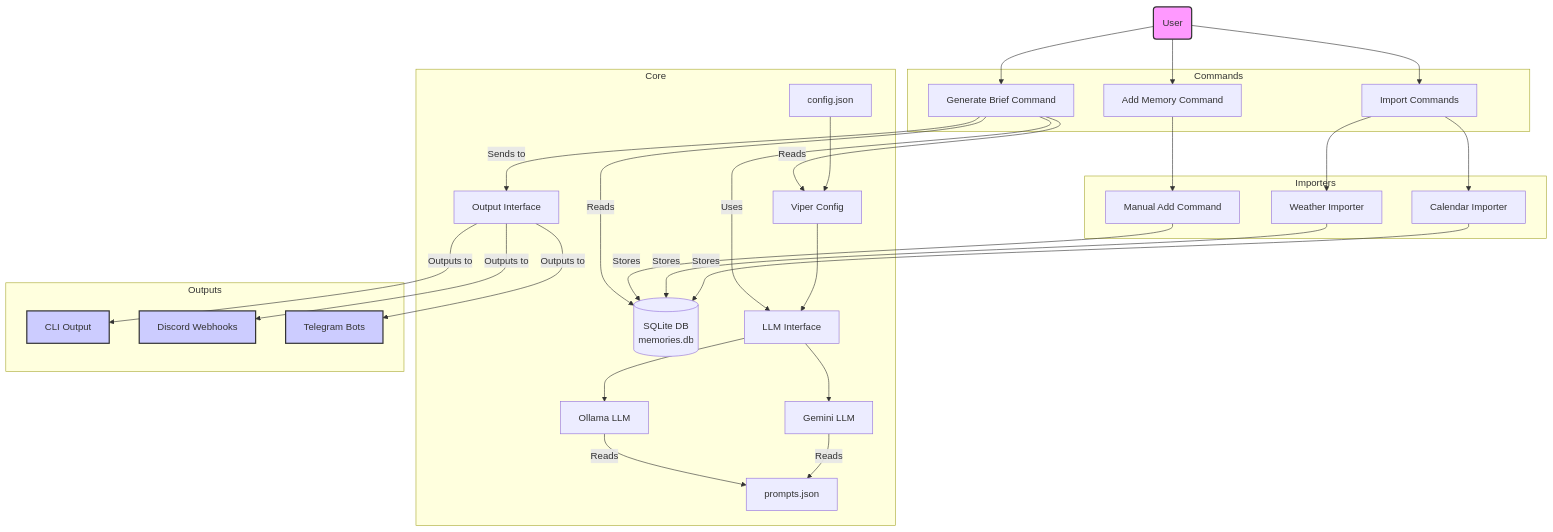
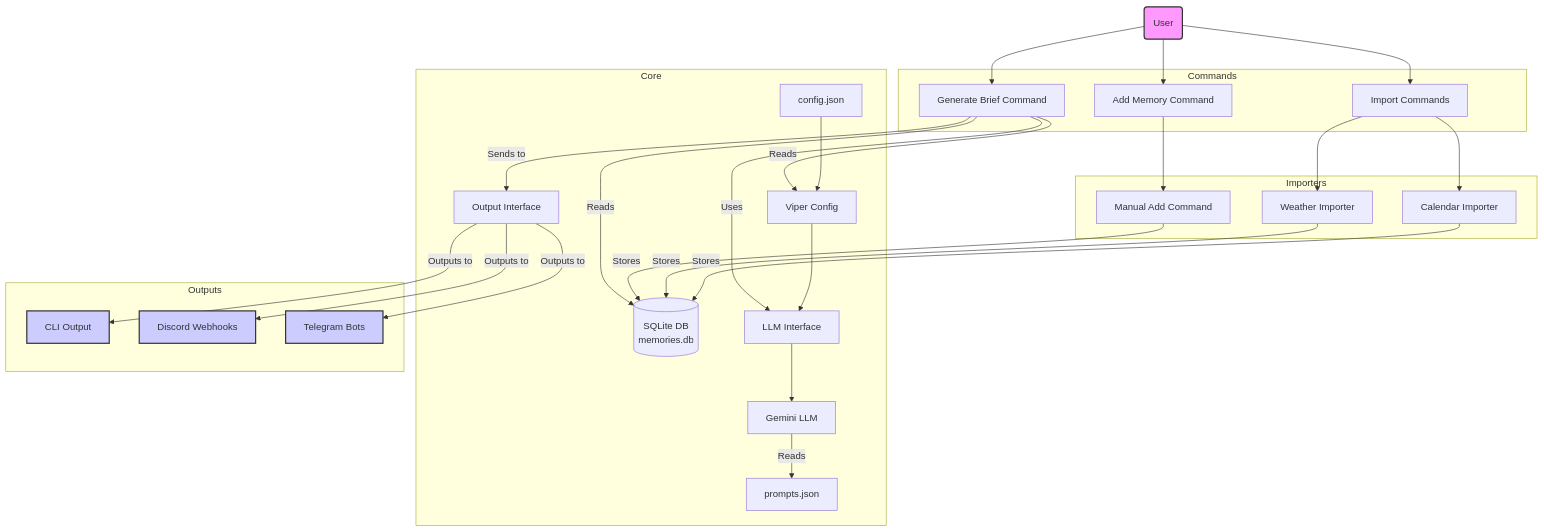
The diagram in PROJECT_CONTEXT.md (lepinkainen/hovimestari), drawn with Mermaid before and after one commit. The commit also changed other lines of this file and 2 other files, not shown here.

Commit message:
Update documentation for planned Ollama LLM integration and clarify configuration fields

````diff
--- a/PROJECT_CONTEXT.md
+++ b/PROJECT_CONTEXT.md
@@ -176,64 +177,61 @@
 ```mermaid
 graph TD
     subgraph Importers
         Calendar[Calendar Importer]
         WeatherImporter[Weather Importer]
         Manual[Manual Add Command]
     end
 
     subgraph Core
         Store[(SQLite DB\nmemories.db)]
         LLMInterface[LLM Interface]
         Gemini[Gemini LLM]
-        Ollama[Ollama LLM]
         Config[config.json]
         Viper[Viper Config]
         Prompts[prompts.json]
         Output[Output Interface]
     end
 
     subgraph Commands
         ImportCmd[Import Commands]
         BriefCmd[Generate Brief Command]
         AddCmd[Add Memory Command]
     end
 
     subgraph Outputs
         CLI[CLI Output]
         Discord[Discord Webhooks]
         Telegram[Telegram Bots]
     end
 
     User(User) --> AddCmd
     User --> ImportCmd
     User --> BriefCmd
 
     ImportCmd --> Calendar
     ImportCmd --> WeatherImporter
     AddCmd --> Manual
 
     Calendar -- Stores --> Store
     WeatherImporter -- Stores --> Store
     Manual -- Stores --> Store
 
     Config --> Viper
     Viper --> LLMInterface
     LLMInterface --> Gemini
-    LLMInterface --> Ollama
 
     BriefCmd -- Reads --> Store
     BriefCmd -- Uses --> LLMInterface
     BriefCmd -- Reads --> Viper
     Gemini -- Reads --> Prompts
-    Ollama -- Reads --> Prompts
 
     BriefCmd -- Sends to --> Output
     Output -- Outputs to --> CLI
     Output -- Outputs to --> Discord
     Output -- Outputs to --> Telegram
 
     style User fill:#f9f,stroke:#333,stroke-width:2px
     style CLI fill:#ccf,stroke:#333,stroke-width:2px
     style Discord fill:#ccf,stroke:#333,stroke-width:2px
     style Telegram fill:#ccf,stroke:#333,stroke-width:2px
 ```
````
